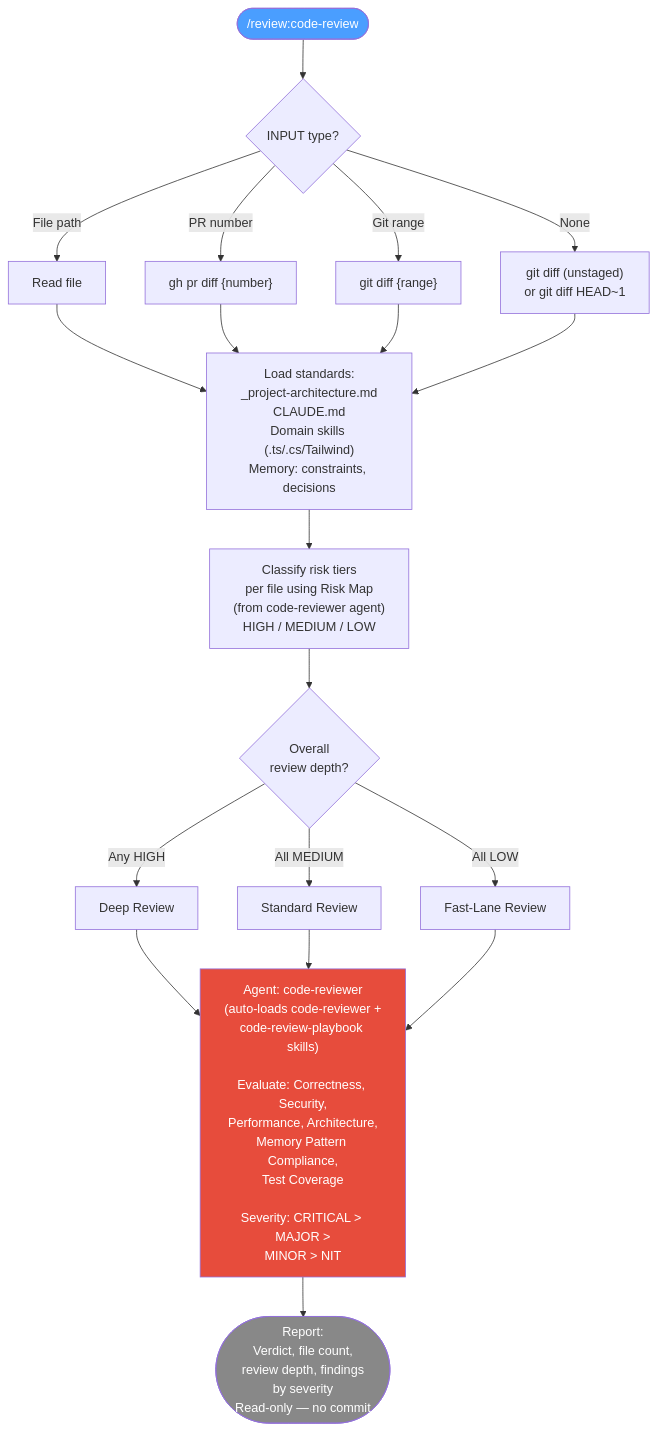
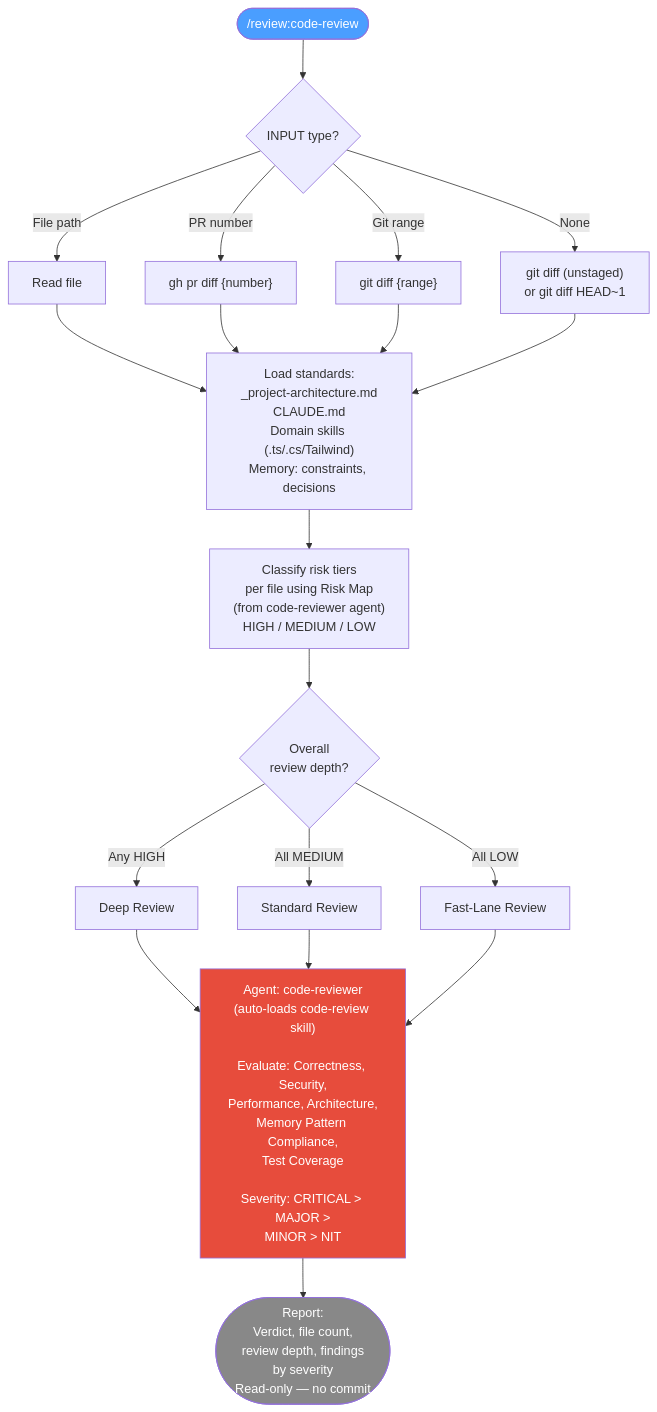
Before and after one commit to Domdhi/Agents.Domdhi: diagram 20 of 36 in docs/reference/commands.md, drawn with Mermaid. The commit also changed other lines of this file and 102 other files, not shown here.

````diff
--- a/docs/reference/commands.md
+++ b/docs/reference/commands.md
@@ -982,34 +982,34 @@
 ```mermaid
 flowchart TD
     START(["/review:code-review"]) --> SCOPE{INPUT type?}
     SCOPE -->|File path| READ_FILE[Read file]
     SCOPE -->|PR number| PR_DIFF["gh pr diff {number}"]
     SCOPE -->|Git range| GIT_DIFF["git diff {range}"]
     SCOPE -->|None| AUTO["git diff (unstaged)\nor git diff HEAD~1"]
 
     READ_FILE --> STANDARDS
     PR_DIFF --> STANDARDS
     GIT_DIFF --> STANDARDS
     AUTO --> STANDARDS
 
     STANDARDS["Load standards:\n_project-architecture.md\nCLAUDE.md\nDomain skills (.ts/.cs/Tailwind)\nMemory: constraints, decisions"]
 
     STANDARDS --> RISK["Classify risk tiers\nper file using Risk Map\n(from code-reviewer agent)\nHIGH / MEDIUM / LOW"]
 
     RISK --> DEPTH{Overall\nreview depth?}
     DEPTH -->|Any HIGH| DEEP[Deep Review]
     DEPTH -->|All MEDIUM| STD[Standard Review]
     DEPTH -->|All LOW| FAST[Fast-Lane Review]
 
     DEEP --> DELEGATE
     STD --> DELEGATE
     FAST --> DELEGATE
 
-    DELEGATE["Agent: code-reviewer\n(auto-loads code-reviewer +\ncode-review-playbook skills)\n\nEvaluate: Correctness, Security,\nPerformance, Architecture,\nMemory Pattern Compliance,\nTest Coverage\n\nSeverity: CRITICAL > MAJOR >\nMINOR > NIT"]
+    DELEGATE["Agent: code-reviewer\n(auto-loads code-review skill)\n\nEvaluate: Correctness, Security,\nPerformance, Architecture,\nMemory Pattern Compliance,\nTest Coverage\n\nSeverity: CRITICAL > MAJOR >\nMINOR > NIT"]
 
     DELEGATE --> REPORT(["Report:\nVerdict, file count,\nreview depth, findings\nby severity\nRead-only — no commit"])
 
     style START fill:#4a9eff,color:#fff
     style DELEGATE fill:#e74c3c,color:#fff
     style REPORT fill:#888,color:#fff
 ```
````
